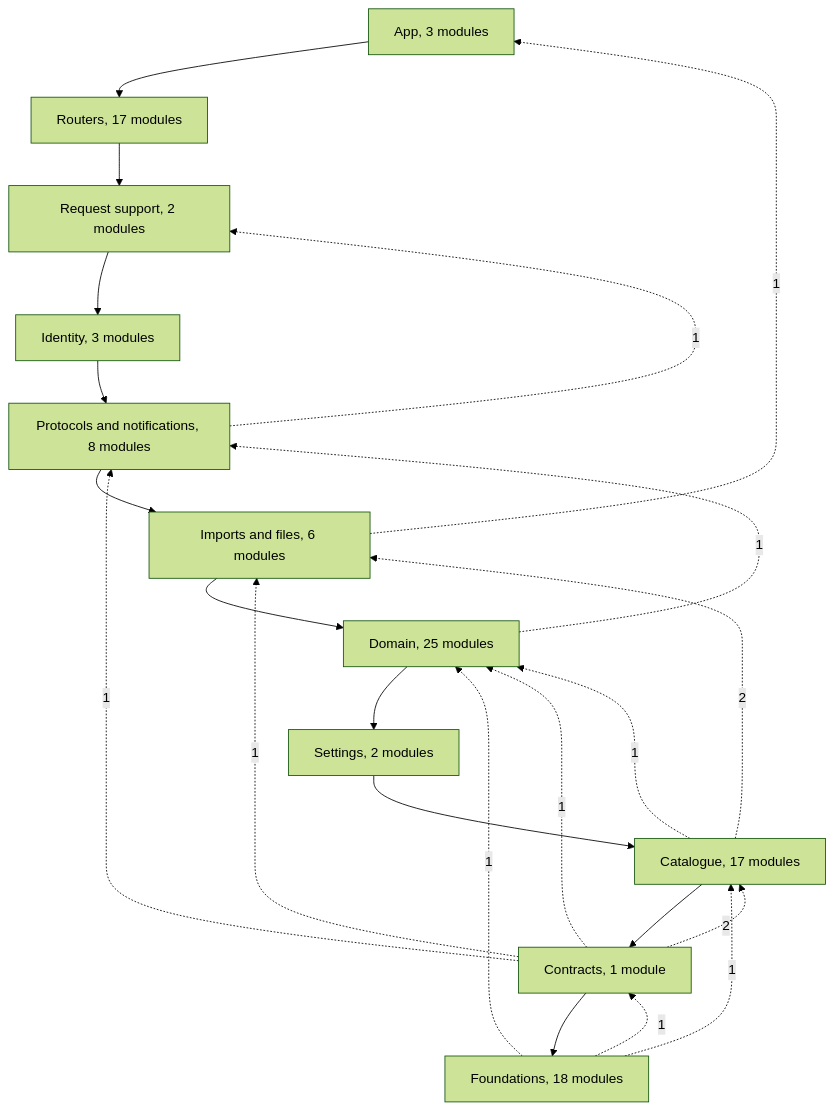
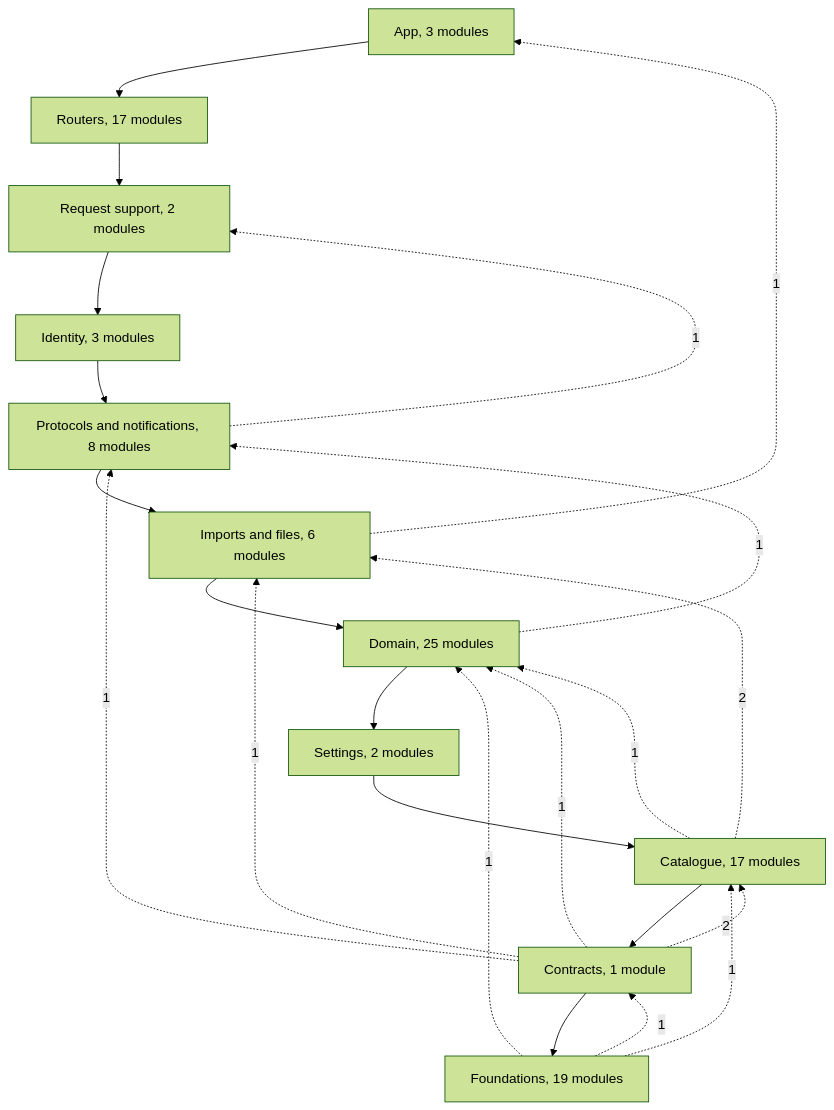
The fourth of 11 diagrams in docs/architecture.md (f-klement/endpaper), drawn with Mermaid (forest theme) before and after one commit. The commit also changed other lines of this file and 108 other files, not shown here.

````diff
--- a/docs/architecture.md
+++ b/docs/architecture.md
@@ -313,36 +314,36 @@
 ```mermaid
 flowchart TB
   app["App, 3 modules"]
   routers["Routers, 17 modules"]
   request["Request support, 2 modules"]
   identity["Identity, 3 modules"]
   protocols["Protocols and notifications, 8 modules"]
   files["Imports and files, 6 modules"]
   domain["Domain, 25 modules"]
   settings["Settings, 2 modules"]
   catalogue["Catalogue, 17 modules"]
   contracts["Contracts, 1 module"]
-  foundations["Foundations, 18 modules"]
+  foundations["Foundations, 19 modules"]
   app --> routers
   routers --> request
   request --> identity
   identity --> protocols
   protocols --> files
   files --> domain
   domain --> settings
   settings --> catalogue
   catalogue --> contracts
   contracts --> foundations
   protocols -.->|"1"| request
   files -.->|"1"| app
   domain -.->|"1"| protocols
   catalogue -.->|"2"| files
   catalogue -.->|"1"| domain
   contracts -.->|"1"| protocols
   contracts -.->|"1"| files
   contracts -.->|"1"| domain
   contracts -.->|"2"| catalogue
   foundations -.->|"1"| domain
   foundations -.->|"1"| catalogue
   foundations -.->|"1"| contracts
 ```
````
